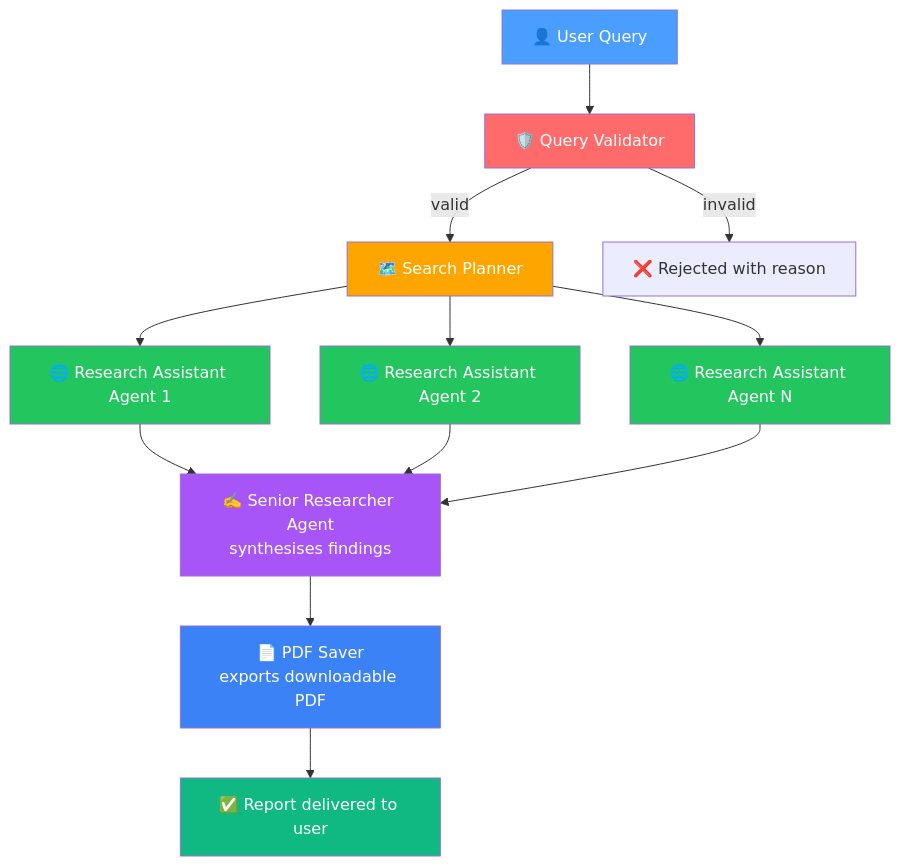
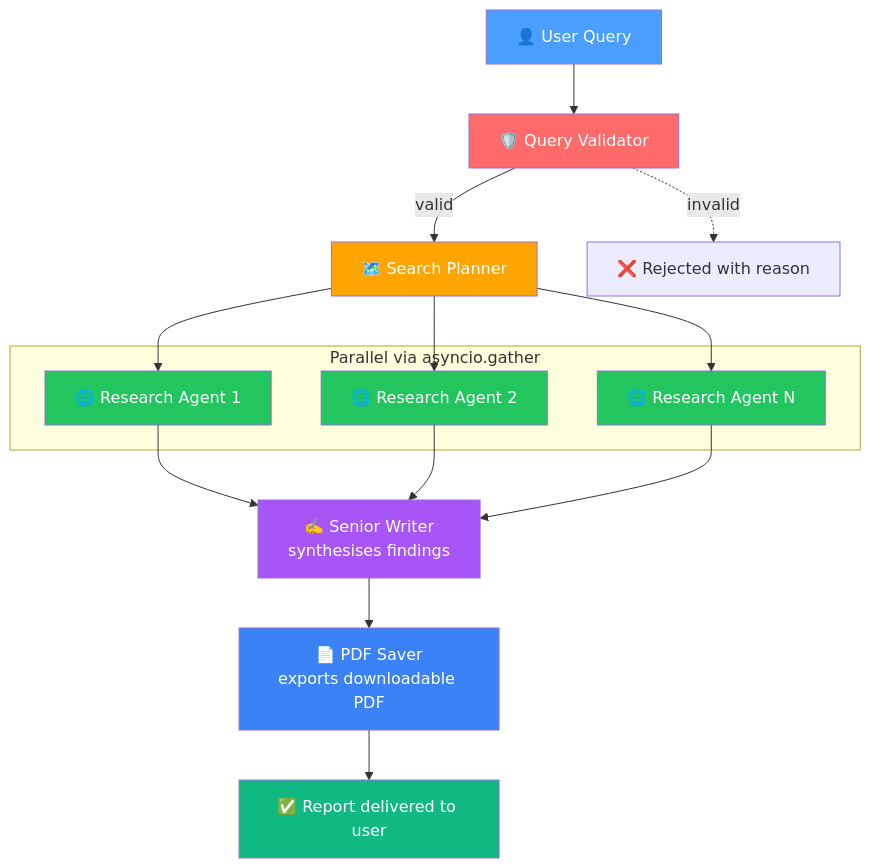
Before and after one commit to yasinemirkutlu44/LLM-Orchestrated-Agentic-AI-Researcher: the diagram in README.md, drawn with Mermaid. The commit also changed other lines of this file, not shown here.

Commit message:
Enhance flowchart with parallel processing subgraph
Updated the flowchart in the README to use a subgraph for parallel processing of research agents.

````diff
--- a/README.md
+++ b/README.md
@@ -41,24 +39,32 @@
 ```mermaid
 flowchart TD
     A[👤 User Query] --> B[🛡️ Query Validator]
     B -->|valid| C[🗺️ Search Planner]
-    B -->|invalid| X[❌ Rejected with reason]
-    C --> D1[🌐 Research Assistant Agent 1]
-    C --> D2[🌐 Research Assistant Agent 2]
-    C --> D3[🌐 Research Assistant Agent N]
-    D1 --> E[✍️ Senior Researcher Agent<br/>synthesises findings]
+    
+    subgraph parallel [Parallel via asyncio.gather]
+        D1[🌐 Research Agent 1]
+        D2[🌐 Research Agent 2]
+        D3[🌐 Research Agent N]
+    end
+    
+    C --> D1
+    C --> D2
+    C --> D3
+    D1 --> E[✍️ Senior Writer<br/>synthesises findings]
     D2 --> E
     D3 --> E
     E --> F[📄 PDF Saver<br/>exports downloadable PDF]
     F --> G[✅ Report delivered to user]
+    
+    B -.->|invalid| X[❌ Rejected with reason]
 
     style A fill:#4a9eff,color:#fff
     style B fill:#ff6b6b,color:#fff
     style C fill:#ffa500,color:#fff
     style D1 fill:#22c55e,color:#fff
     style D2 fill:#22c55e,color:#fff
     style D3 fill:#22c55e,color:#fff
     style E fill:#a855f7,color:#fff
     style F fill:#3b82f6,color:#fff
     style G fill:#10b981,color:#fff
 ```
````
